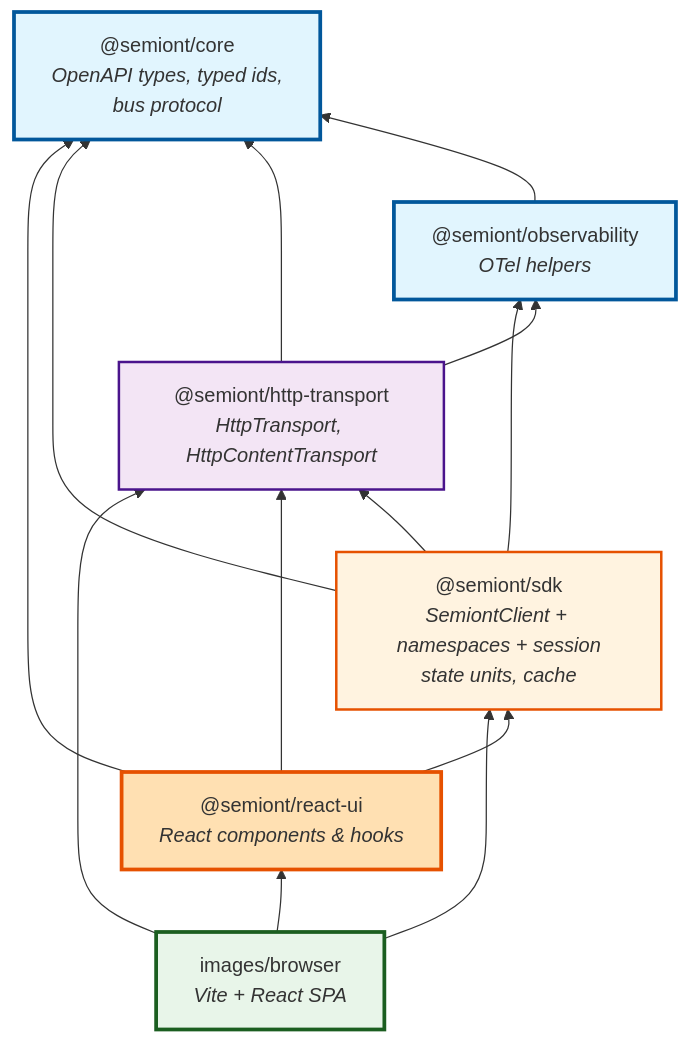
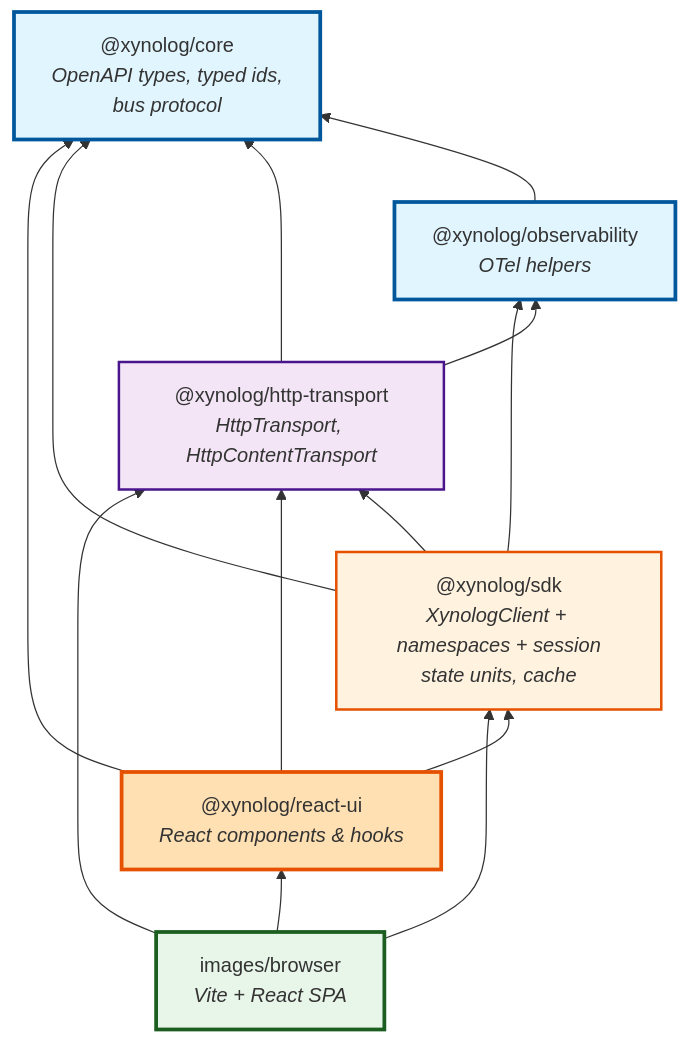
One commit to xynolog/docs changed the first of 2 diagrams in architecture/PACKAGE-ARCHITECTURE.md. Above: the diagram before and after it, drawn with Mermaid. The commit also changed other lines of this file and 89 other files, not shown here.

````diff
--- a/architecture/PACKAGE-ARCHITECTURE.md
+++ b/architecture/PACKAGE-ARCHITECTURE.md
@@ -11,47 +9,47 @@
 ```mermaid
 graph BT
     %% Layer 4: Application
     browser["images/browser<br/><i>Vite + React SPA</i>"]
 
     %% Layer 3: What an application is built from
-    react["@semiont/react-ui<br/><i>React components & hooks</i>"]
+    react["@xynolog/react-ui<br/><i>React components & hooks</i>"]
 
     %% Layer 2: SDK
-    sdk["@semiont/sdk<br/><i>SemiontClient + namespaces + session<br/>state units, cache</i>"]
+    sdk["@xynolog/sdk<br/><i>XynologClient + namespaces + session<br/>state units, cache</i>"]
 
     %% Layer 1: Wire
-    api["@semiont/http-transport<br/><i>HttpTransport, HttpContentTransport</i>"]
+    api["@xynolog/http-transport<br/><i>HttpTransport, HttpContentTransport</i>"]
 
     %% Layer 0: Foundation
-    core["@semiont/core<br/><i>OpenAPI types, typed ids,<br/>bus protocol</i>"]
-    obs["@semiont/observability<br/><i>OTel helpers</i>"]
+    core["@xynolog/core<br/><i>OpenAPI types, typed ids,<br/>bus protocol</i>"]
+    obs["@xynolog/observability<br/><i>OTel helpers</i>"]
 
     browser --> react
     browser --> sdk
     browser --> api
 
     react --> sdk
     react --> api
     react --> core
 
     sdk --> api
     sdk --> obs
     sdk --> core
 
     api --> obs
     api --> core
 
     obs --> core
 
     classDef layer0 fill:#e1f5fe,stroke:#01579b,stroke-width:3px
     classDef layer1 fill:#f3e5f5,stroke:#4a148c,stroke-width:2px
     classDef layer2 fill:#fff3e0,stroke:#e65100,stroke-width:2px
     classDef layer3 fill:#ffe0b2,stroke:#e65100,stroke-width:3px
     classDef layer4 fill:#e8f5e9,stroke:#1b5e20,stroke-width:3px
 
     class core,obs layer0
     class api layer1
     class sdk layer2
     class react layer3
     class browser layer4
 ```
````
